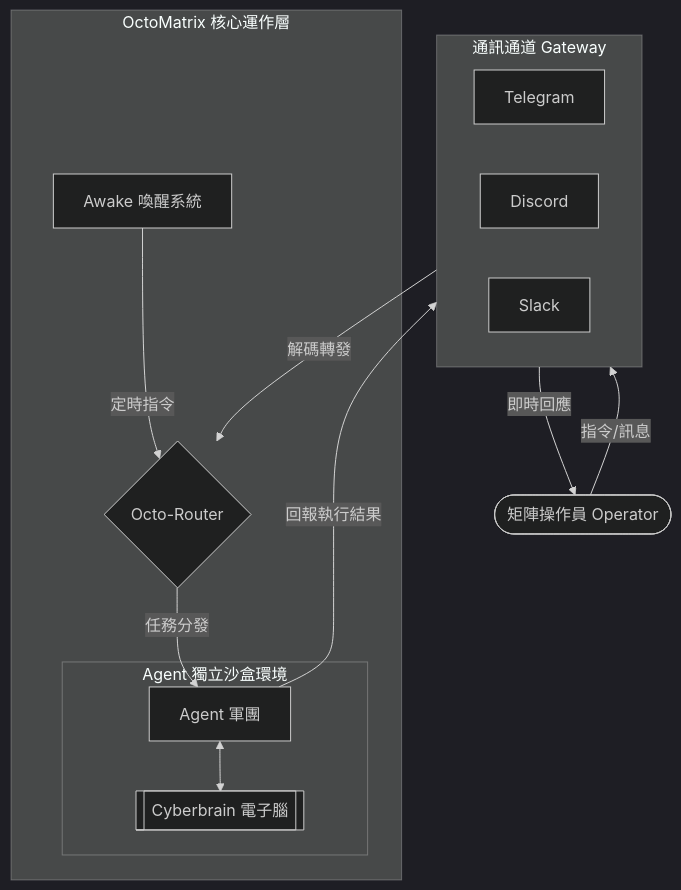
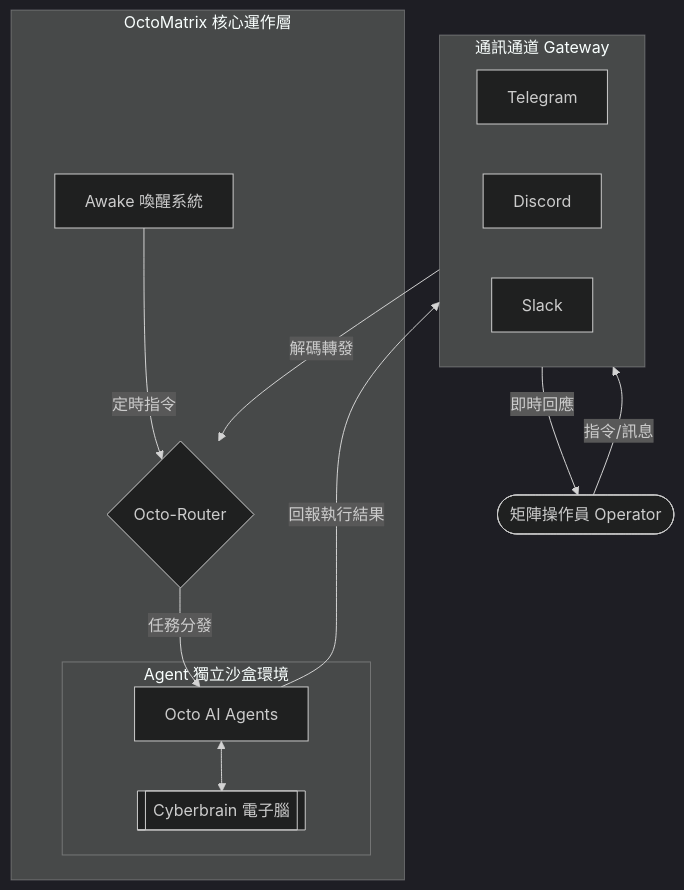
The diagram in README.md (meso4444/OctoMatrix), drawn with Mermaid (dark theme) before and after one commit. The commit also changed other lines of this file and 6 other files, not shown here.

First line of the commit message:
docs: 統一用語「Agent軍團」→「Octo AI Agents」

````diff
--- a/README.md
+++ b/README.md
@@ -26,26 +26,26 @@
 ```mermaid
 graph TD
     Operator([矩陣操作員 Operator]) -- "指令/訊息" --> Channels
     
     subgraph Channels [通訊通道 Gateway]
         TG[Telegram]
         DC[Discord]
         SL[Slack]
     end
     
     Channels -- "解碼轉發" --> Router{Octo-Router}
     
     subgraph Core [OctoMatrix 核心運作層]
         Router -- "任務分發" --> Agents
         Awake[Awake 喚醒系統] -- "定時指令" --> Router
         
         subgraph Sandbox [Agent 獨立沙盒環境]
-            Agents[Agent 軍團]
+            Agents[Octo AI Agents]
             Cyberbrain[[Cyberbrain 電子腦]]
             Agents <--> Cyberbrain
         end
     end
     
     Agents -- "回報執行結果" --> Channels
     Channels -- "即時回應" --> Operator
 ```
````
